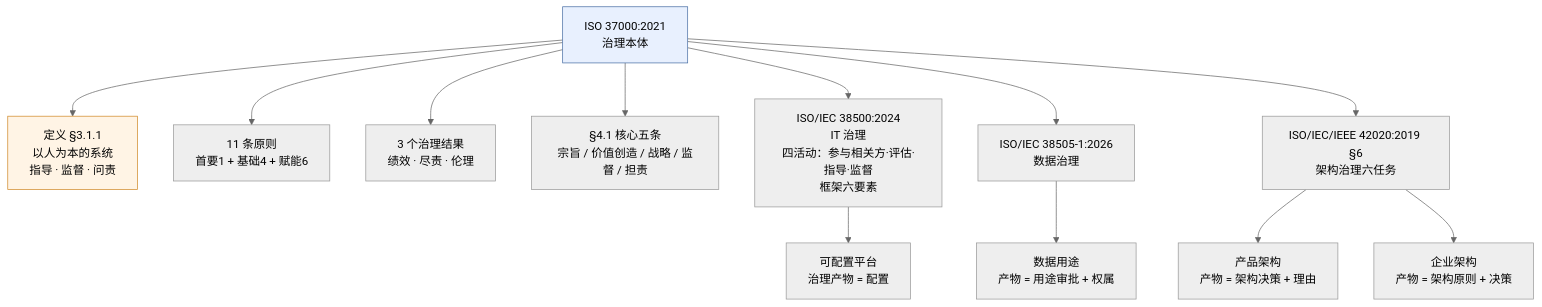
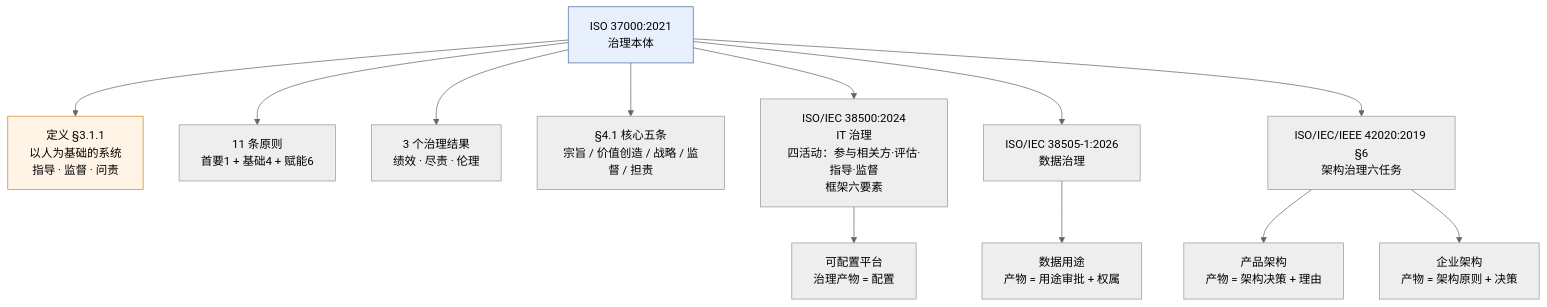
One commit to Yongjunzhou/AOS-system-design changed the sixth of 7 diagrams in 100-subprojects/01-系统工程研究/00-系统工程相关研究报告/28-治理概念对话记录-从ISO 37000定义到域治理实例.md. Above: the diagram before and after it, drawn with Mermaid (neutral theme). The commit also changed other lines of this file and 1 other file, not shown here.

````diff
--- a/100-subprojects/01-系统工程研究/00-系统工程相关研究报告/28-治理概念对话记录-从ISO 37000定义到域治理实例.md
+++ b/100-subprojects/01-系统工程研究/00-系统工程相关研究报告/28-治理概念对话记录-从ISO 37000定义到域治理实例.md
@@ -3571,19 +3571,19 @@
 ```mermaid
 graph TD
-  R["ISO 37000:2021<br/>治理本体"] --> D["定义 §3.1.1<br/>以人为本的系统<br/>指导 · 监督 · 问责"]
+  R["ISO 37000:2021<br/>治理本体"] --> D["定义 §3.1.1<br/>以人为基础的系统<br/>指导 · 监督 · 问责"]
   R --> P["11 条原则<br/>首要1 + 基础4 + 赋能6"]
   R --> O["3 个治理结果<br/>绩效 · 尽责 · 伦理"]
   R --> C["§4.1 核心五条<br/>宗旨 / 价值创造 / 战略 / 监督 / 担责"]
 
   R --> IT["ISO/IEC 38500:2024<br/>IT 治理<br/>四活动：参与相关方·评估·指导·监督<br/>框架六要素"]
   R --> DG["ISO/IEC 38505-1:2026<br/>数据治理"]
   R --> AG["ISO/IEC/IEEE 42020:2019 §6<br/>架构治理六任务"]
 
   IT --> PL["可配置平台<br/>治理产物 = 配置"]
   AG --> PA["产品架构<br/>产物 = 架构决策 + 理由"]
   AG --> EA["企业架构<br/>产物 = 架构原则 + 决策"]
   DG --> DP["数据用途<br/>产物 = 用途审批 + 权属"]
 
   style R fill:#e8f0fe,stroke:#4a6fa5
   style D fill:#fff4e5,stroke:#d08a2a
 ```
````
